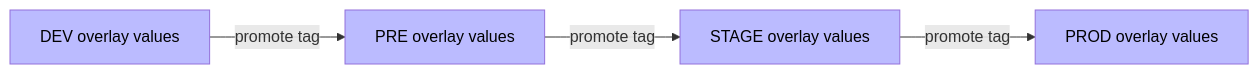
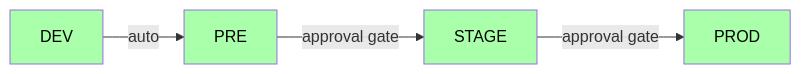
Before and after one commit to AlexAlvarezGallardo-GitHub/Aegis: the fourth of 4 diagrams in docs/obsidian/05 - Infrastructure/Argo CD.md, drawn with Mermaid. The commit also changed other lines of this file, not shown here.

Commit message:
docs(infra): document argocd bootstrap, app of apps and promotion flow

````diff
--- a/docs/obsidian/05 - Infrastructure/Argo CD.md
+++ b/docs/obsidian/05 - Infrastructure/Argo CD.md
@@ -92,10 +114,10 @@
 ```mermaid
 graph LR
-    A[DEV overlay values] -->|promote tag| B[PRE overlay values]
-    B -->|promote tag| C[STAGE overlay values]
-    C -->|promote tag| D[PROD overlay values]
-    style A fill:#bbf,color:#000
-    style B fill:#bbf,color:#000
-    style C fill:#bbf,color:#000
-    style D fill:#bbf,color:#000
+    A[DEV] -->|auto| B[PRE]
+    B -->|approval gate| C[STAGE]
+    C -->|approval gate| D[PROD]
+    style A fill:#afa,color:#000
+    style B fill:#afa,color:#000
+    style C fill:#afa,color:#000
+    style D fill:#afa,color:#000
 ```
````
